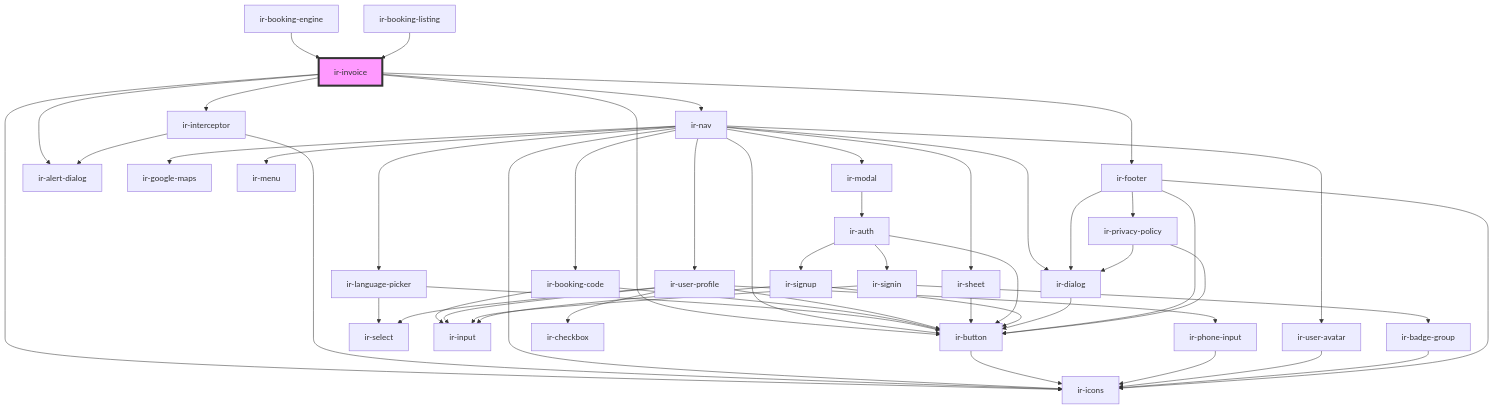
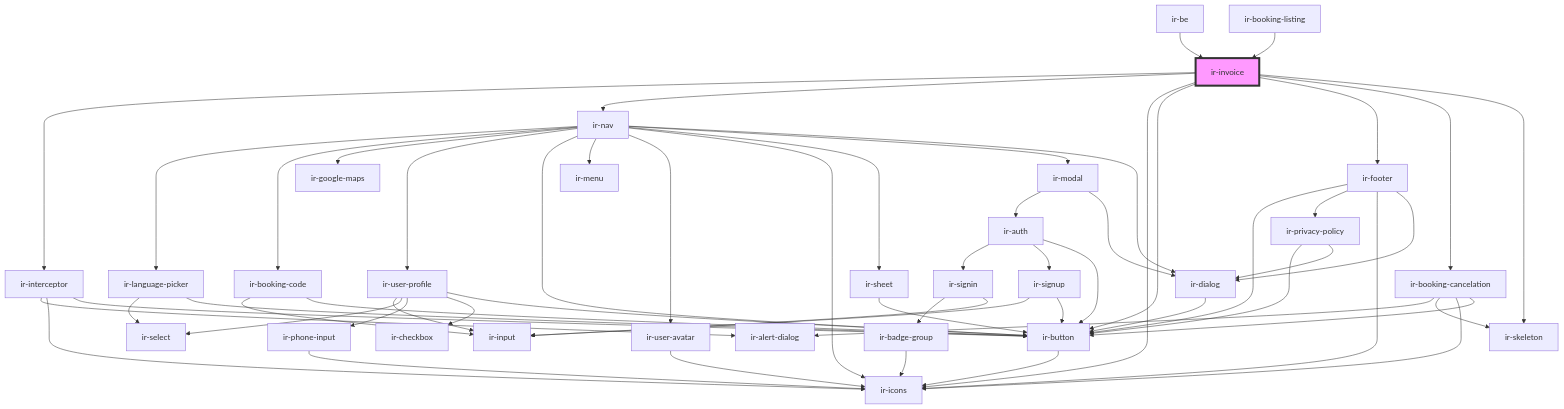
One commit to RonyRizk/ir-be changed the diagram in src/components/ir-invoice/readme.md. Above: the diagram before and after it, drawn with Mermaid. The commit also changed other lines of this file and 144 other files, not shown here.

````diff
--- a/src/components/ir-invoice/readme.md
+++ b/src/components/ir-invoice/readme.md
@@ -43,54 +46,61 @@
 ```mermaid
 graph TD;
   ir-invoice --> ir-interceptor
   ir-invoice --> ir-nav
+  ir-invoice --> ir-icons
   ir-invoice --> ir-button
-  ir-invoice --> ir-icons
   ir-invoice --> ir-footer
-  ir-invoice --> ir-alert-dialog
+  ir-invoice --> ir-booking-cancelation
+  ir-invoice --> ir-skeleton
   ir-interceptor --> ir-alert-dialog
   ir-interceptor --> ir-icons
+  ir-interceptor --> ir-button
+  ir-button --> ir-icons
   ir-nav --> ir-language-picker
   ir-nav --> ir-booking-code
   ir-nav --> ir-google-maps
   ir-nav --> ir-user-profile
   ir-nav --> ir-button
   ir-nav --> ir-menu
   ir-nav --> ir-user-avatar
   ir-nav --> ir-icons
   ir-nav --> ir-sheet
   ir-nav --> ir-modal
   ir-nav --> ir-dialog
   ir-language-picker --> ir-select
   ir-language-picker --> ir-button
-  ir-button --> ir-icons
   ir-booking-code --> ir-input
   ir-booking-code --> ir-button
   ir-user-profile --> ir-input
   ir-user-profile --> ir-select
   ir-user-profile --> ir-phone-input
   ir-user-profile --> ir-checkbox
   ir-user-profile --> ir-button
   ir-phone-input --> ir-icons
   ir-user-avatar --> ir-icons
   ir-sheet --> ir-button
   ir-modal --> ir-auth
+  ir-modal --> ir-dialog
   ir-auth --> ir-signin
   ir-auth --> ir-signup
   ir-auth --> ir-button
   ir-signin --> ir-badge-group
   ir-signin --> ir-input
   ir-badge-group --> ir-icons
   ir-signup --> ir-input
   ir-signup --> ir-button
   ir-dialog --> ir-button
   ir-footer --> ir-button
   ir-footer --> ir-privacy-policy
   ir-footer --> ir-icons
   ir-footer --> ir-dialog
   ir-privacy-policy --> ir-button
   ir-privacy-policy --> ir-dialog
-  ir-booking-engine --> ir-invoice
+  ir-booking-cancelation --> ir-alert-dialog
+  ir-booking-cancelation --> ir-skeleton
+  ir-booking-cancelation --> ir-icons
+  ir-booking-cancelation --> ir-button
+  ir-be --> ir-invoice
   ir-booking-listing --> ir-invoice
   style ir-invoice fill:#f9f,stroke:#333,stroke-width:4px
 ```
````
